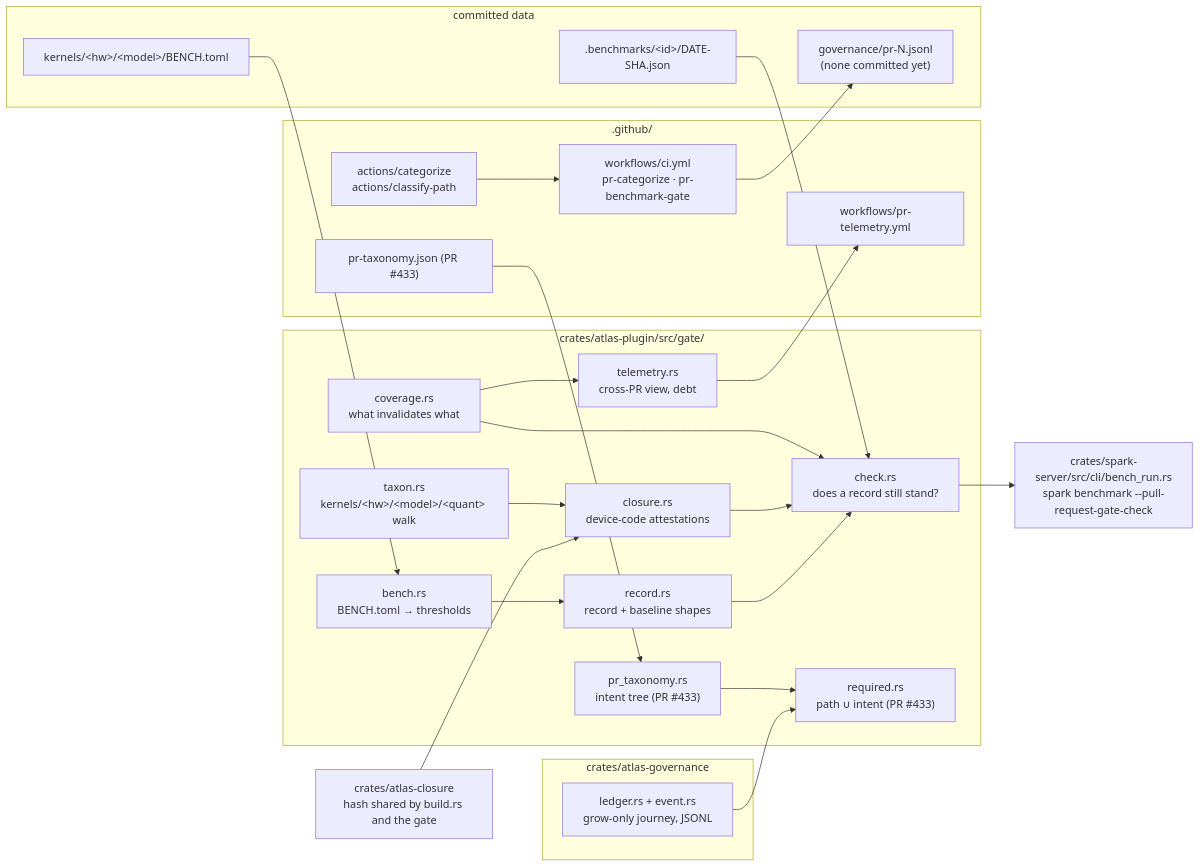
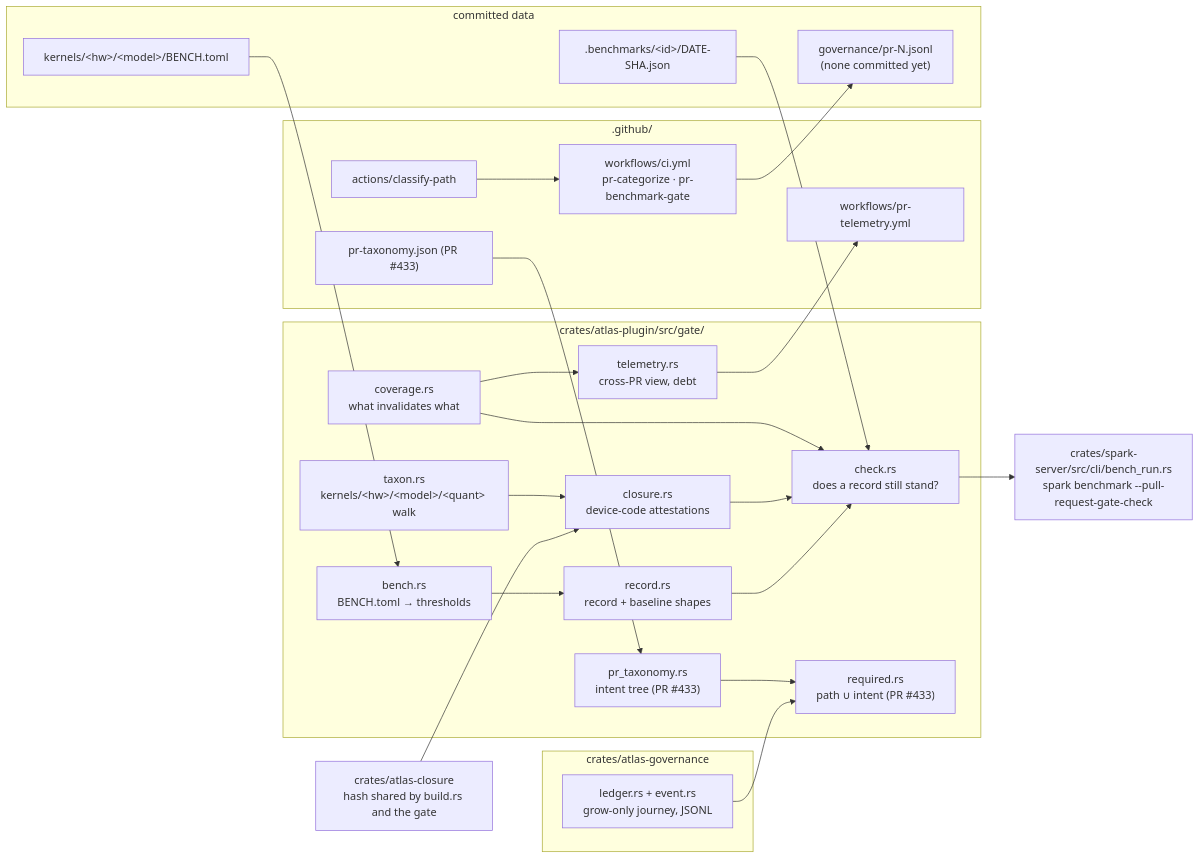
The second of 5 diagrams in AI_REPOSITORY.md (Avarok-Cybersecurity/atlas), drawn with Mermaid before and after one commit. The commit also changed other lines of this file and 3 other files, not shown here.

First line of the commit message:
ci(categorize): label overrides, sanitized body, full path evidence; drop flat classifier

````diff
--- a/AI_REPOSITORY.md
+++ b/AI_REPOSITORY.md
@@ -103,43 +103,43 @@
 ```mermaid
 flowchart LR
     subgraph plugin ["crates/atlas-plugin/src/gate/"]
         COV["coverage.rs\nwhat invalidates what"]
         TAX["taxon.rs\nkernels/&lt;hw&gt;/&lt;model&gt;/&lt;quant&gt; walk"]
         CLO["closure.rs\ndevice-code attestations"]
         CHK["check.rs\ndoes a record still stand?"]
         REC["record.rs\nrecord + baseline shapes"]
         BEN["bench.rs\nBENCH.toml → thresholds"]
         PTX["pr_taxonomy.rs\nintent tree (PR #433)"]
         REQ["required.rs\npath ∪ intent (PR #433)"]
         TEL["telemetry.rs\ncross-PR view, debt"]
     end
     subgraph gov ["crates/atlas-governance"]
         LED["ledger.rs + event.rs\ngrow-only journey, JSONL"]
     end
     subgraph gh [".github/"]
         TJ["pr-taxonomy.json (PR #433)"]
-        CAT["actions/categorize\nactions/classify-path"]
+        CAT["actions/classify-path"]
         CIW["workflows/ci.yml\npr-categorize · pr-benchmark-gate"]
         PTW["workflows/pr-telemetry.yml"]
     end
     subgraph data ["committed data"]
         BM[".benchmarks/&lt;id&gt;/DATE-SHA.json"]
         BT["kernels/&lt;hw&gt;/&lt;model&gt;/BENCH.toml"]
         GV["governance/pr-N.jsonl\n(none committed yet)"]
     end
     CLI["crates/spark-server/src/cli/bench_run.rs\nspark benchmark --pull-request-gate-check"]
     ACL["crates/atlas-closure\nhash shared by build.rs and the gate"]
 
     TJ --> PTX --> REQ
     COV --> CHK
     TAX --> CLO --> CHK
     ACL --> CLO
     REC --> CHK
     BEN --> REC
     BM --> CHK
     BT --> BEN
     CAT --> CIW --> GV
     LED --> REQ
     CHK --> CLI
     COV --> TEL --> PTW
 ```
````
